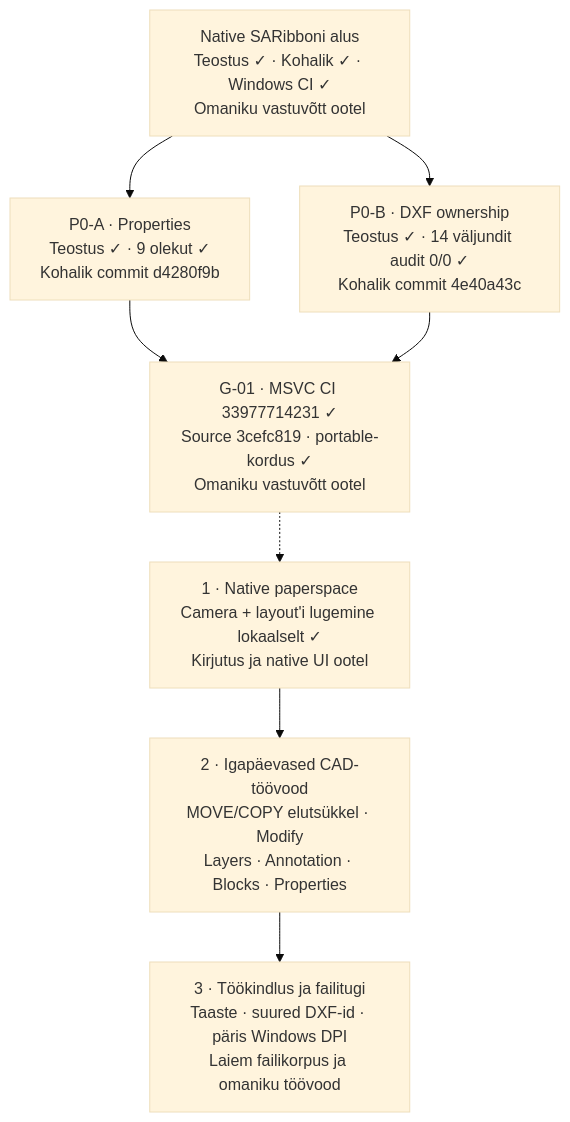
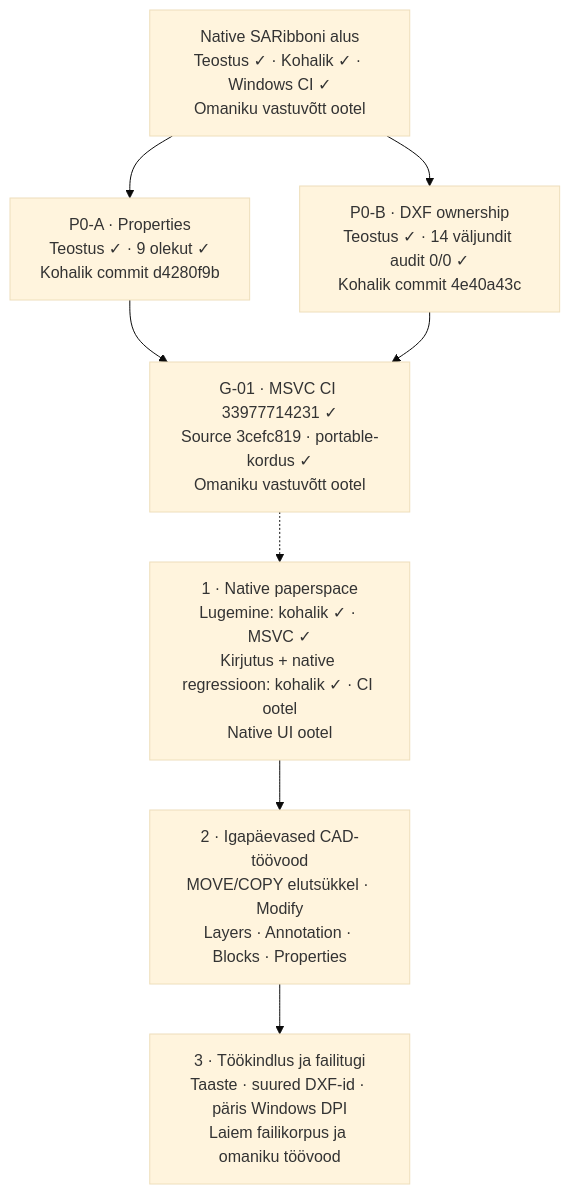
Before and after one commit to T3stin-svg/kuubik-draw-native: the first of 2 diagrams in docs/ROADMAP.md, drawn with Mermaid (base theme). The commit also changed other lines of this file and 17 other files, not shown here.

````diff
--- a/docs/ROADMAP.md
+++ b/docs/ROADMAP.md
@@ -17,16 +23,16 @@
 ```mermaid
 flowchart TD
     UI["Native SARibboni alus<br/>Teostus ✓ · Kohalik ✓ · Windows CI ✓<br/>Omaniku vastuvõtt ootel"]
     A["P0-A · Properties<br/>Teostus ✓ · 9 olekut ✓<br/>Kohalik commit d4280f9b"]
     B["P0-B · DXF ownership<br/>Teostus ✓ · 14 väljundit audit 0/0 ✓<br/>Kohalik commit 4e40a43c"]
     G["G-01 · MSVC CI 33977714231 ✓<br/>Source 3cefc819 · portable-kordus ✓<br/>Omaniku vastuvõtt ootel"]
-    P["1 · Native paperspace<br/>Camera + layout'i lugemine lokaalselt ✓<br/>Kirjutus ja native UI ootel"]
+    P["1 · Native paperspace<br/>Lugemine: kohalik ✓ · MSVC ✓<br/>Kirjutus + native regressioon: kohalik ✓ · CI ootel<br/>Native UI ootel"]
     C["2 · Igapäevased CAD-töövood<br/>MOVE/COPY elutsükkel · Modify<br/>Layers · Annotation · Blocks · Properties"]
     R["3 · Töökindlus ja failitugi<br/>Taaste · suured DXF-id · päris Windows DPI<br/>Laiem failikorpus ja omaniku töövood"]
     UI --> A
     UI --> B
     A --> G
     B --> G
     G -.-> P
     P --> C --> R
 ```
````
